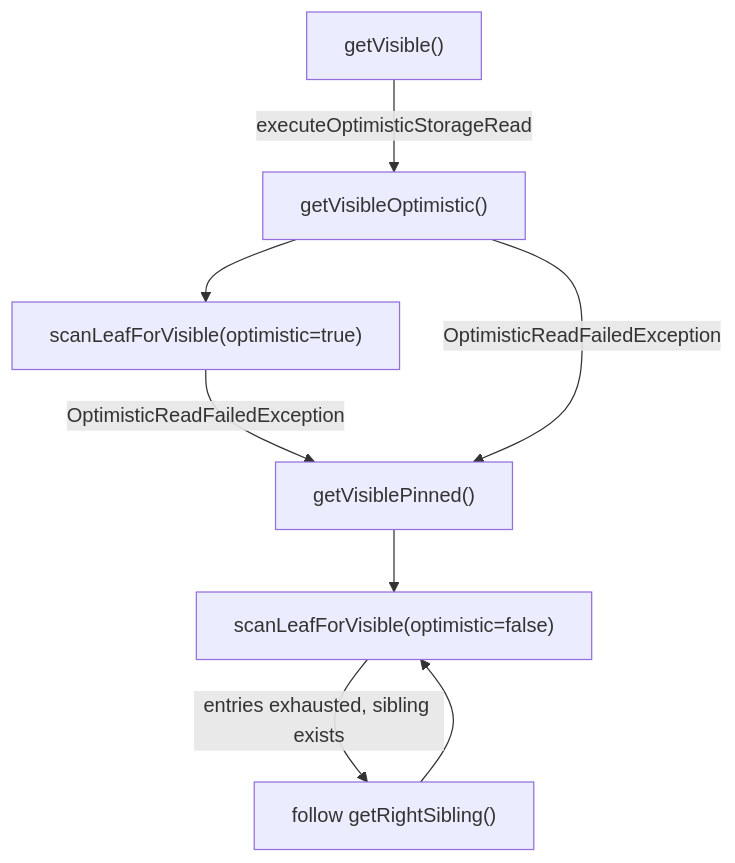
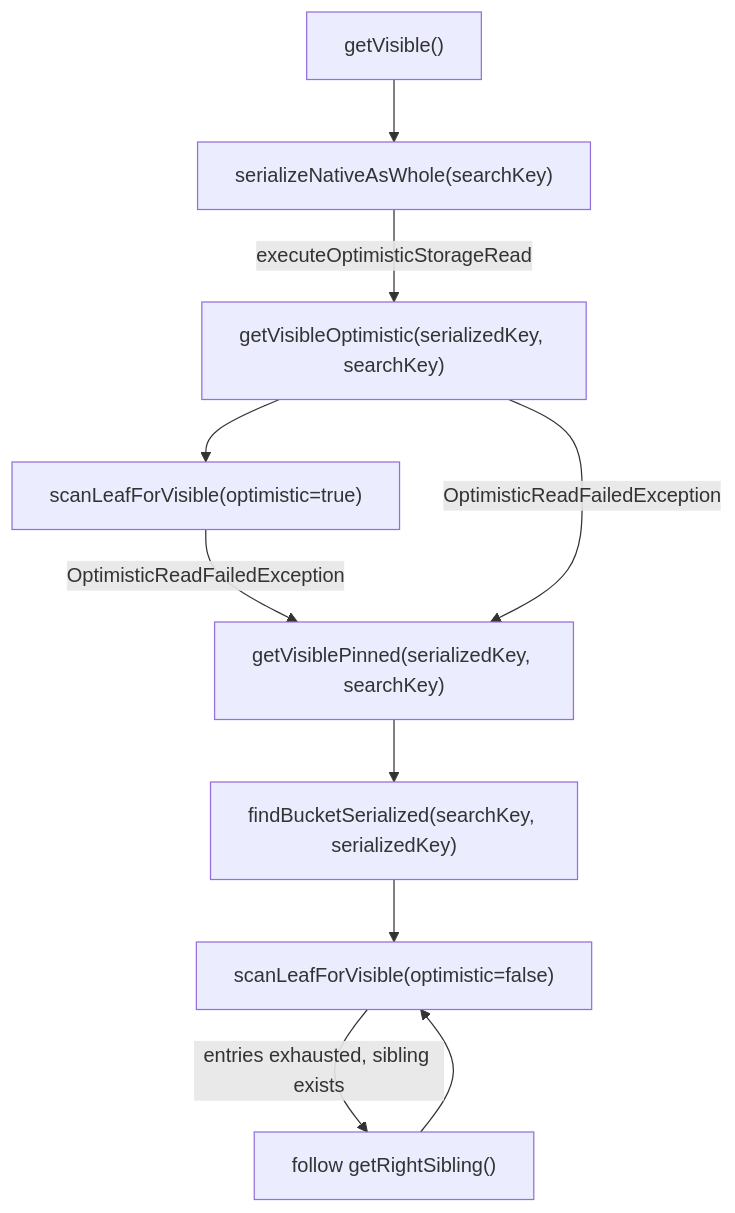
Before and after one commit to JetBrains/youtrackdb: the third of 3 diagrams in docs/adr/optimize-single-value-get/design-final.md, drawn with Mermaid. The commit also changed other lines of this file and 1 other file, not shown here.

````diff
--- a/docs/adr/optimize-single-value-get/design-final.md
+++ b/docs/adr/optimize-single-value-get/design-final.md
@@ -144,17 +184,21 @@
 ```mermaid
 flowchart TD
     GV["getVisible()"]
-    OPT["getVisibleOptimistic()"]
+    SER["serializeNativeAsWhole(searchKey)"]
+    OPT["getVisibleOptimistic(serializedKey, searchKey)"]
     SCAN_O["scanLeafForVisible(optimistic=true)"]
-    PIN["getVisiblePinned()"]
+    PIN["getVisiblePinned(serializedKey, searchKey)"]
+    FBS["findBucketSerialized(searchKey, serializedKey)"]
     SCAN_P["scanLeafForVisible(optimistic=false)"]
     SIB["follow getRightSibling()"]
 
-    GV -->|executeOptimisticStorageRead| OPT
+    GV --> SER
+    SER -->|executeOptimisticStorageRead| OPT
     OPT --> SCAN_O
     SCAN_O -->|OptimisticReadFailedException| PIN
     OPT -->|OptimisticReadFailedException| PIN
-    PIN --> SCAN_P
+    PIN --> FBS
+    FBS --> SCAN_P
     SCAN_P -->|entries exhausted, sibling exists| SIB
     SIB --> SCAN_P
 ```
````
